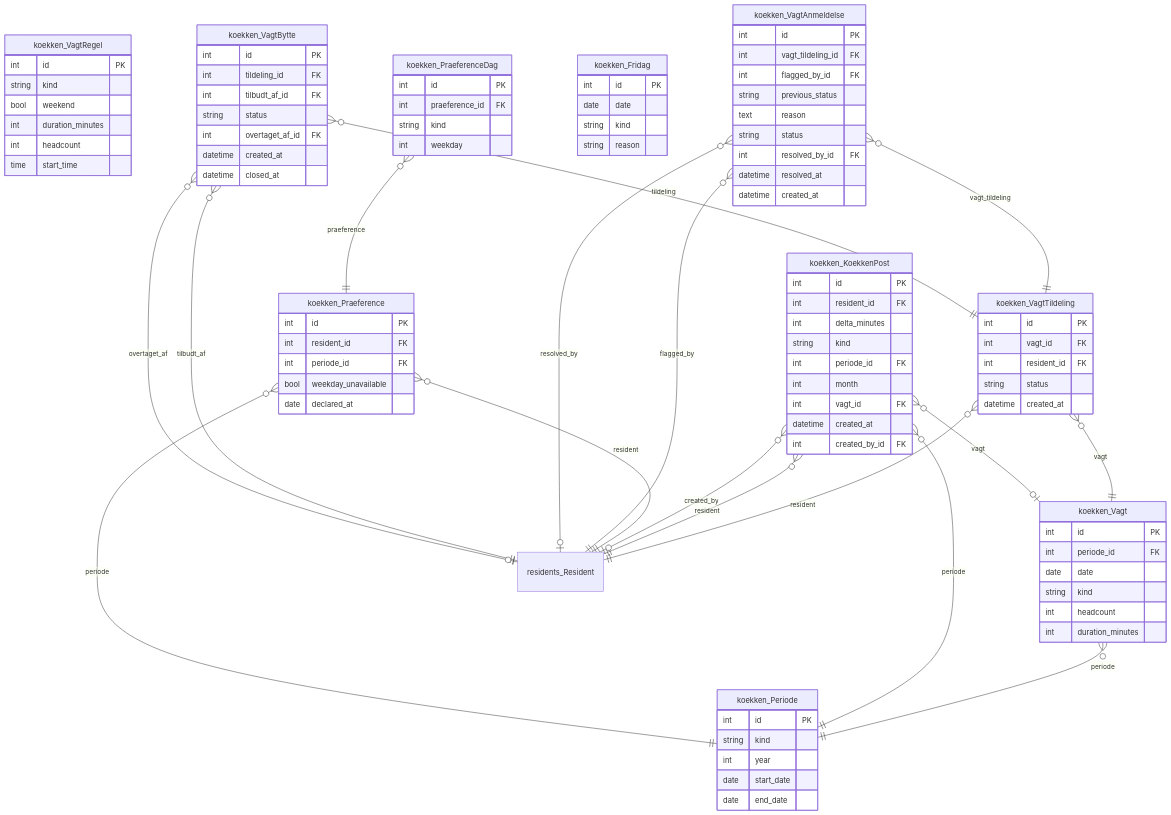
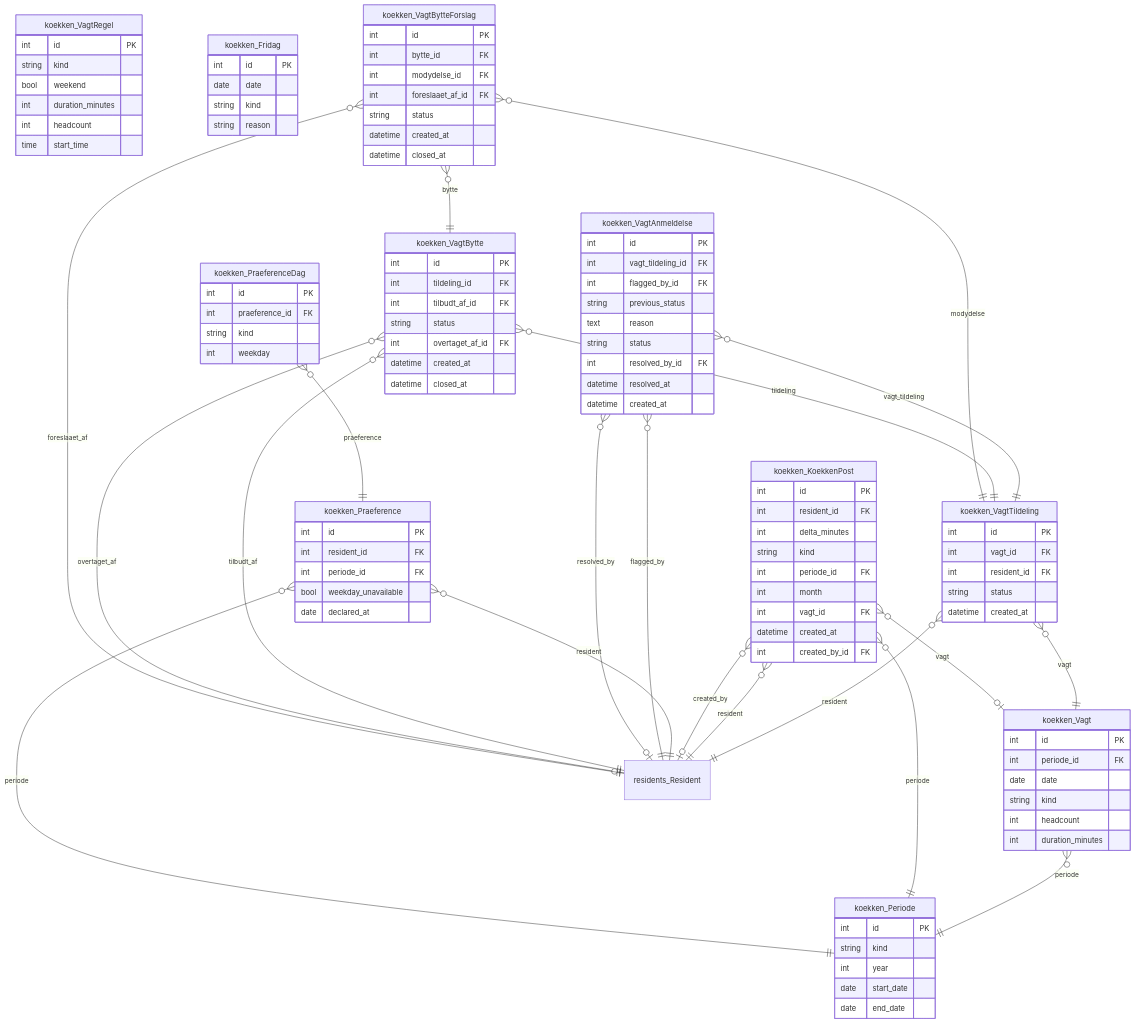
The ninth of 16 diagrams in docs/erd.md (GAHK-org/gahk_intern), drawn with Mermaid before and after one commit. The commit also changed other lines of this file and 15 other files, not shown here.

First line of the commit message:
Koekkenvagter Amendment 4 step 2: trading of vagter (VagtBytteForslag)

````diff
--- a/docs/erd.md
+++ b/docs/erd.md
@@ -1232,6 +1245,16 @@
         datetime closed_at
     }
 
+    koekken_VagtBytteForslag {
+        int id PK
+        int bytte_id FK
+        int modydelse_id FK
+        int foreslaaet_af_id FK
+        string status
+        datetime created_at
+        datetime closed_at
+    }
+
     residents_Resident { }
 
     koekken_Vagt }o--|| koekken_Periode : "periode"
@@ -1250,4 +1273,7 @@
     koekken_VagtBytte }o--|| koekken_VagtTildeling : "tildeling"
     koekken_VagtBytte }o--|| residents_Resident : "tilbudt_af"
     koekken_VagtBytte }o--|o residents_Resident : "overtaget_af"
+    koekken_VagtBytteForslag }o--|| koekken_VagtBytte : "bytte"
+    koekken_VagtBytteForslag }o--|| koekken_VagtTildeling : "modydelse"
+    koekken_VagtBytteForslag }o--|| residents_Resident : "foreslaaet_af"
 ```
````
